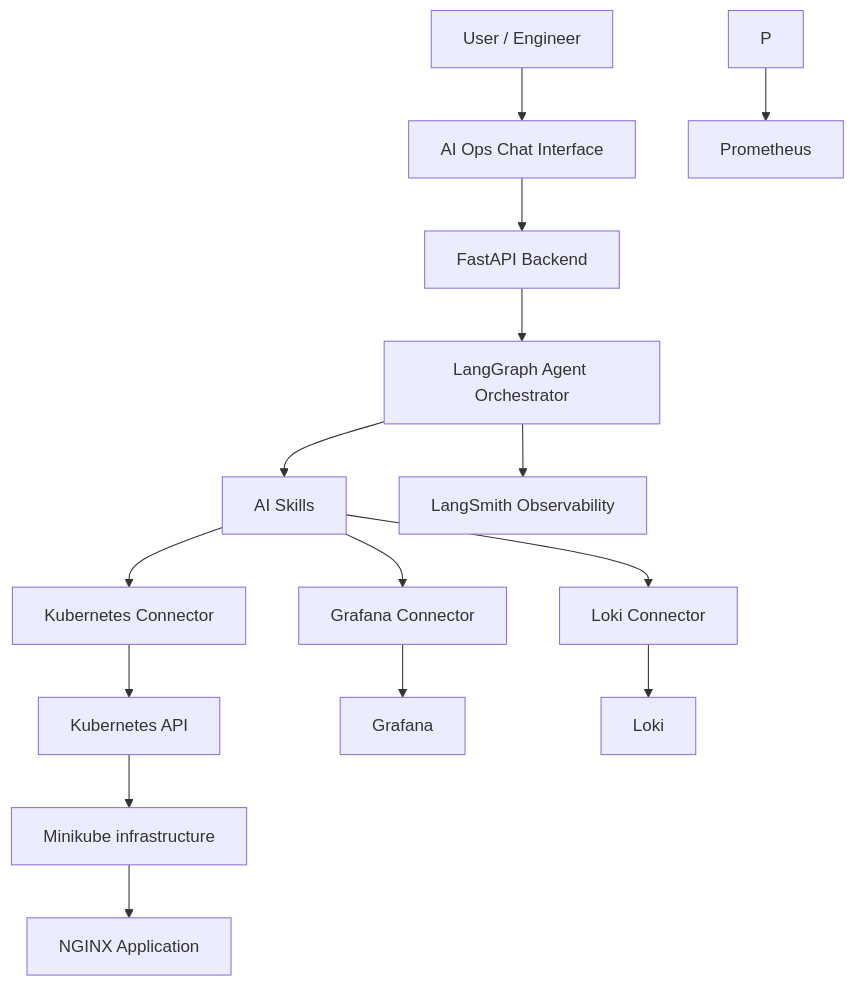
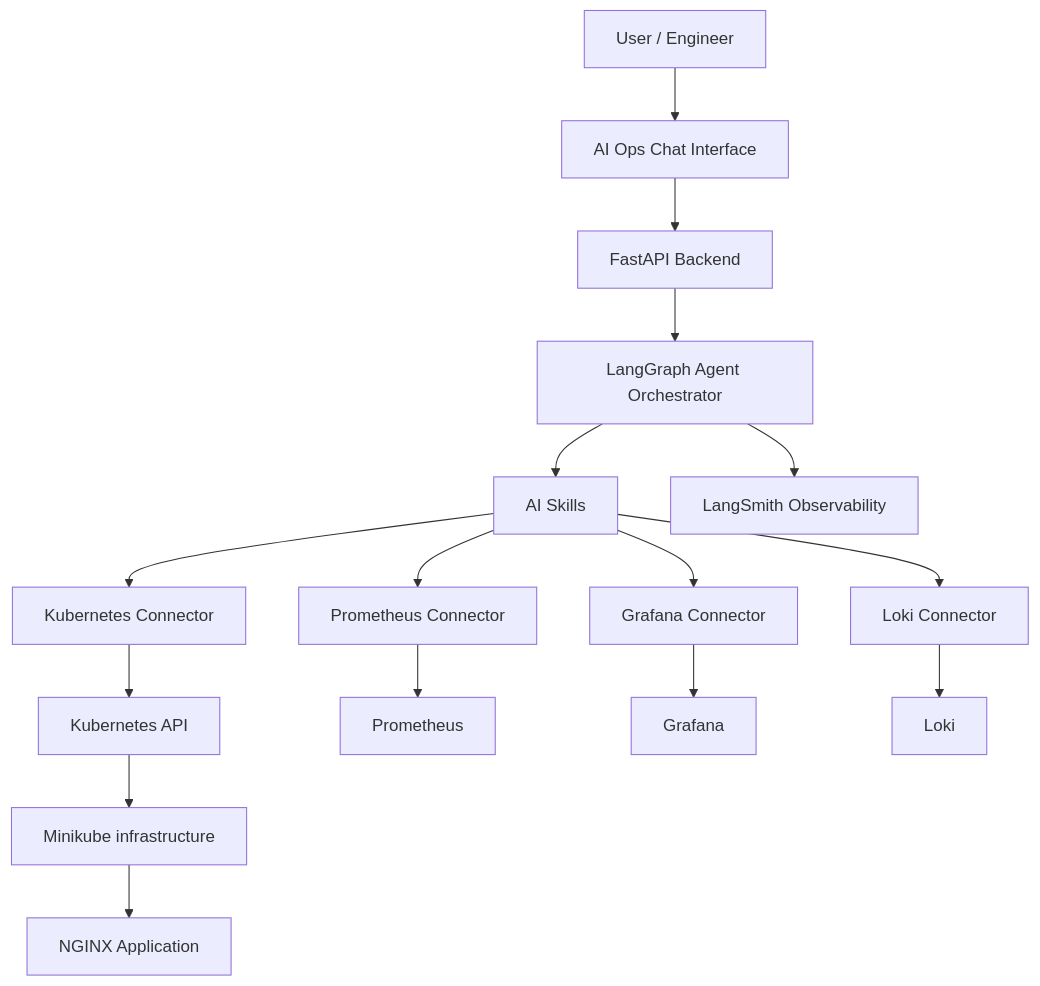
The diagram in README.md (drorizu/ai-ops-assistant), drawn with Mermaid before and after one commit.

Commit message:
Add Prometheus Connector to the architecture diagram

````diff
--- a/README.md
+++ b/README.md
@@ -23,17 +23,18 @@
 ```mermaid
 flowchart TB
   U["User / Engineer"] --> UI["AI Ops Chat Interface"]
   UI                   --> API["FastAPI Backend"]
   API                  --> AG["LangGraph Agent Orchestrator"]
   AG                   --> SK["AI Skills"]
   SK                   --> K["Kubernetes Connector"]
+  SK                   --> P["Prometheus Connector"]
   SK                   --> G["Grafana Connector"]
   SK                   --> L["Loki Connector"]
   K                    --> KC["Kubernetes API"]
   P                    --> PR["Prometheus"]
   G                    --> GR["Grafana"]
   L                    --> LO["Loki"]
   KC                   --> INF["Minikube infrastructure"]
   INF                  --> NG["NGINX Application"]
   AG                   --> LS["LangSmith Observability"]
 ```
````
